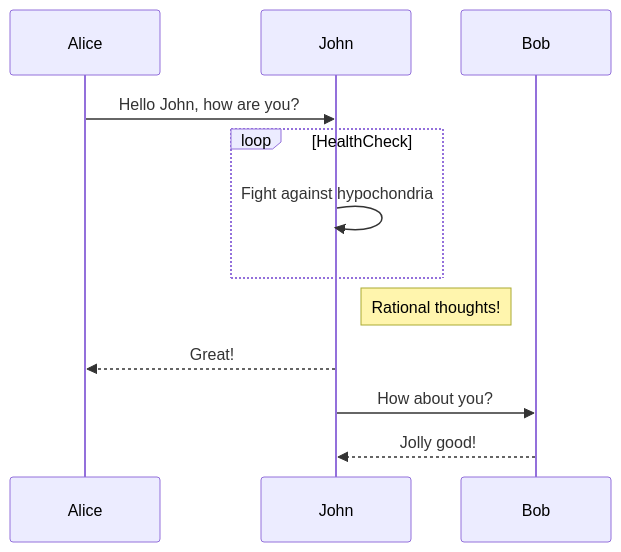
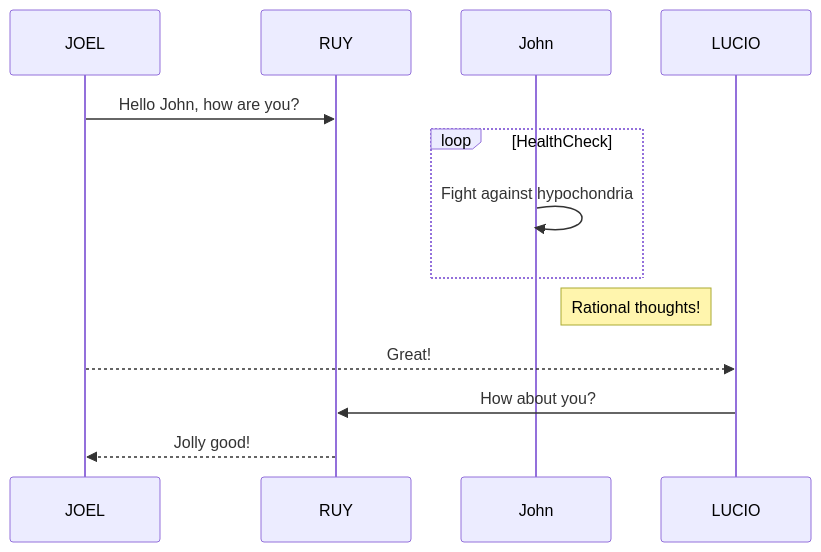
One commit to luciolemos/my_mermaid changed the diagram in README.md. Above: the diagram before and after it, drawn with Mermaid.

````diff
--- a/README.md
+++ b/README.md
@@ -4,11 +4,11 @@
 ```mermaid
 sequenceDiagram
-Alice->>John: Hello John, how are you?
+JOEL->>RUY: Hello John, how are you?
 loop HealthCheck
     John->>John: Fight against hypochondria
 end
 Note right of John: Rational thoughts!
-John-->>Alice: Great!
-John->>Bob: How about you?
-Bob-->>John: Jolly good!
+JOEL-->>LUCIO: Great!
+LUCIO->>RUY: How about you?
+RUY-->>JOEL: Jolly good!
 ```
````
